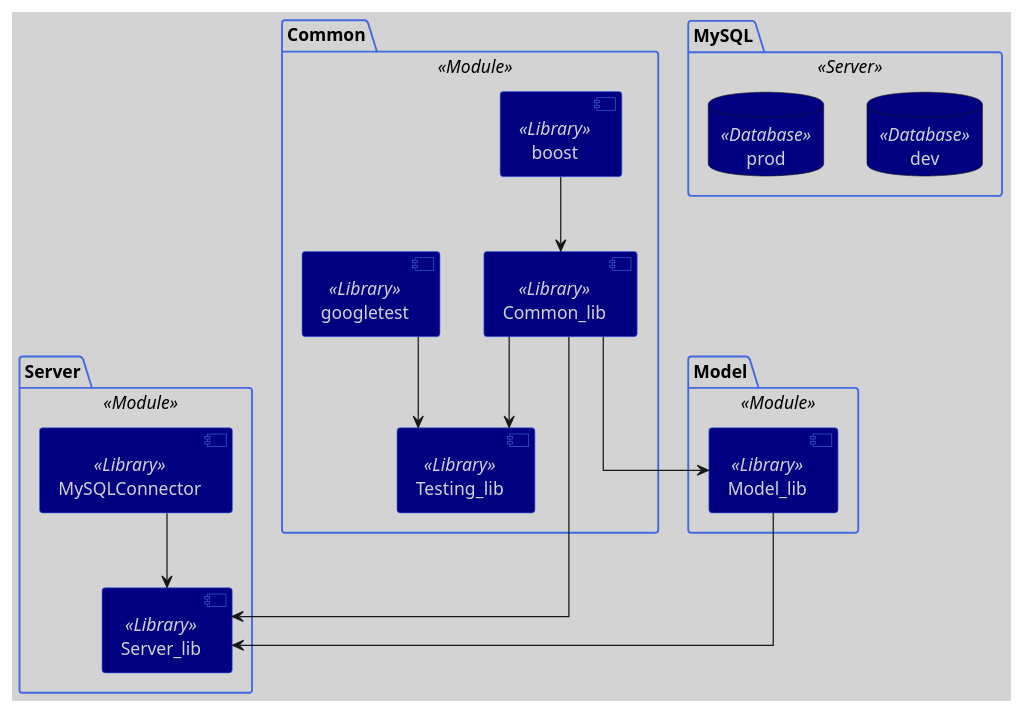
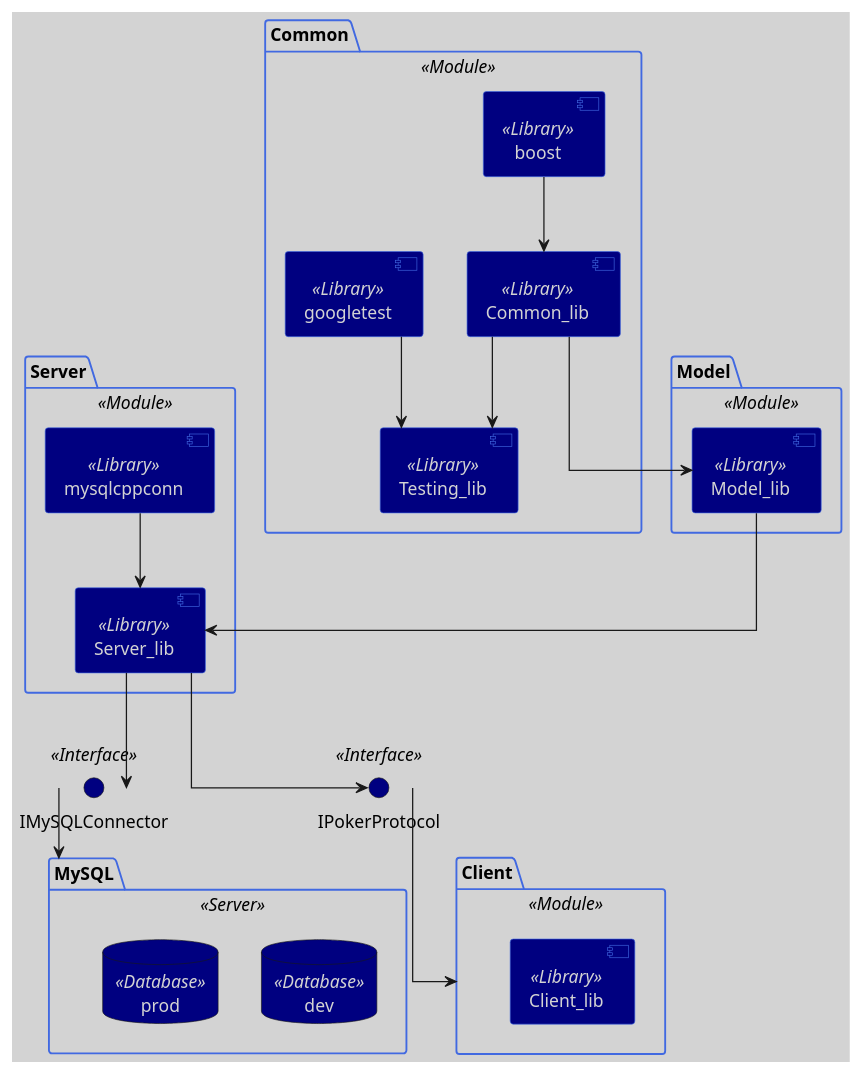
One commit to ForNeus57/PokerOnline changed the diagram in Server/docs/UML/LibStructure.puml. Above: the diagram before and after it, drawn with PlantUML. The commit also changed 30 other files, not shown here.

```diff
--- a/Server/docs/UML/LibStructure.puml
+++ b/Server/docs/UML/LibStructure.puml
@@ -1,42 +1,53 @@
 @startuml
 skinparam backgroundColor LightGray
 skinparam componentStyle uml2
 skinparam linetype ortho
 skinparam packageFontColor Black
 skinparam packageBorderColor RoyalBlue
 skinparam componentFontColor LightGray
 skinparam componentBorderColor RoyalBlue
 skinparam databaseFontColor LightGray
 
 package "Common" <<Module>> {
   [Common_lib] <<Library>> #Navy
   [Testing_lib] <<Library>> #Navy
   [googletest] <<Library>> #Navy
   [boost] <<Library>> #Navy
 }
 
 package "Model" <<Module>> {
 	[Model_lib] <<Library>> #Navy
 }
 
 package "Server" <<Module>> {
 	[Server_lib] <<Library>> #Navy
-	[MySQLConnector] <<Library>> #Navy
+	[mysqlcppconn] <<Library>> #Navy
+}
+
+package "Client" <<Module>> {
+	[Client_lib] <<Library>> #Navy
 }
 
 package "MySQL" <<Server>> {
 	database "dev" <<Database>> #Navy
     database "prod" <<Database>> #Navy
 }
 
 boost --> Common_lib
 googletest --> Testing_lib
 
 Common_lib --> Testing_lib
 Common_lib --> Model_lib
-Common_lib --> Server_lib
 Model_lib --> Server_lib
 
-MySQLConnector --> Server_lib
+mysqlcppconn --> Server_lib
+
+interface IMySQLConnector <<Interface>> #Navy
+Server_lib --> IMySQLConnector
+IMySQLConnector --> "MySQL" <<Server>>
+
+interface IPokerProtocol <<Interface>> #Navy
+Server_lib --> IPokerProtocol
+IPokerProtocol --> Client
 
 @enduml
```
